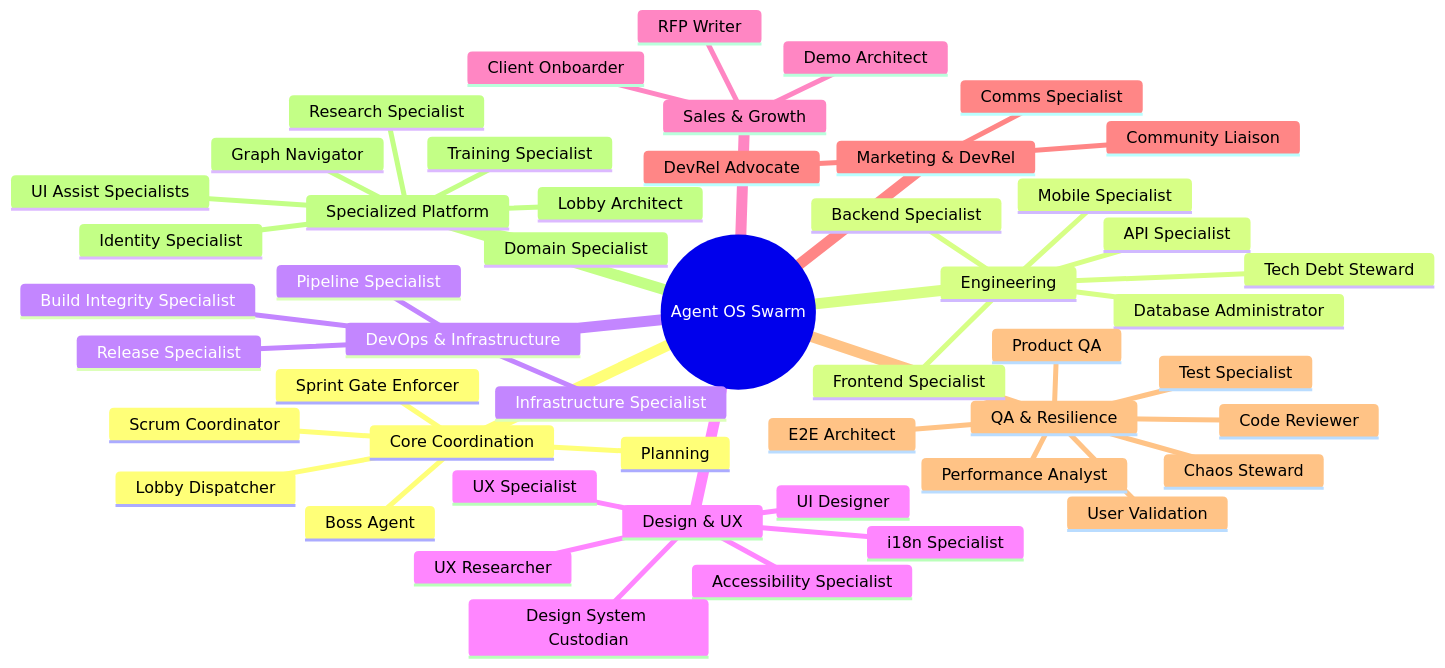
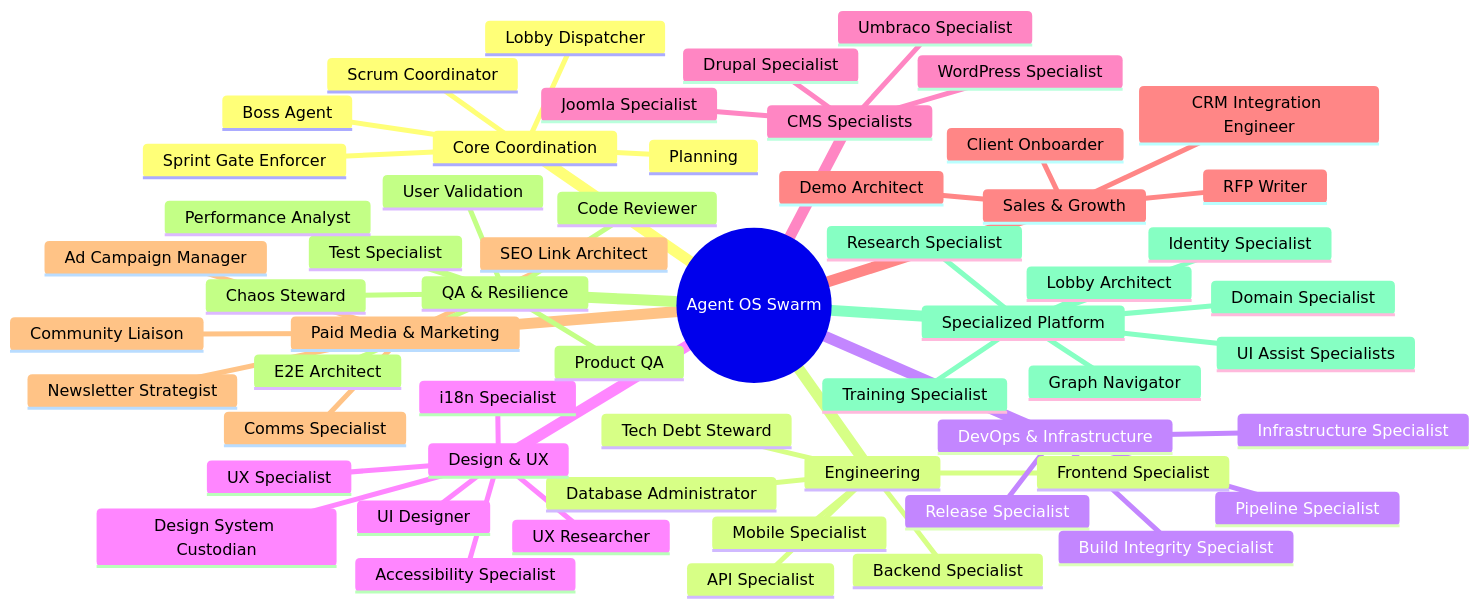
The diagram in agent-os/sub-agents/README.md (ronnikc/agent-os-protocol), drawn with Mermaid before and after one commit. The commit also changed other lines of this file and 11 other files, not shown here.

Commit message:
feat: add CMS specialists and paid media/growth agents, expanding roster to 60

````diff
--- a/agent-os/sub-agents/README.md
+++ b/agent-os/sub-agents/README.md
@@ -13,53 +13,61 @@
 ```mermaid
 mindmap
   root((Agent OS Swarm))
     Core Coordination
       Boss Agent
       Planning
       Sprint Gate Enforcer
       Lobby Dispatcher
       Scrum Coordinator
     Engineering
       Backend Specialist
       Frontend Specialist
       API Specialist
       Mobile Specialist
       Database Administrator
       Tech Debt Steward
     DevOps & Infrastructure
       Infrastructure Specialist
       Release Specialist
       Build Integrity Specialist
       Pipeline Specialist
     Design & UX
       UI Designer
       UX Specialist
       Accessibility Specialist
       Design System Custodian
       i18n Specialist
       UX Researcher
+    CMS Specialists
+      WordPress Specialist
+      Drupal Specialist
+      Joomla Specialist
+      Umbraco Specialist
     Sales & Growth
       Demo Architect
       RFP Writer
       Client Onboarder
-    Marketing & DevRel
-      DevRel Advocate
+      CRM Integration Engineer
+    Paid Media & Marketing
+      Ad Campaign Manager
+      SEO Link Architect
+      Newsletter Strategist
       Comms Specialist
       Community Liaison
     QA & Resilience
       Product QA
       Test Specialist
       User Validation
       Code Reviewer
       E2E Architect
       Performance Analyst
       Chaos Steward
     Specialized Platform
       Domain Specialist
       Identity Specialist
       Training Specialist
       Lobby Architect
       Research Specialist
       Graph Navigator
       UI Assist Specialists
 ```
````
